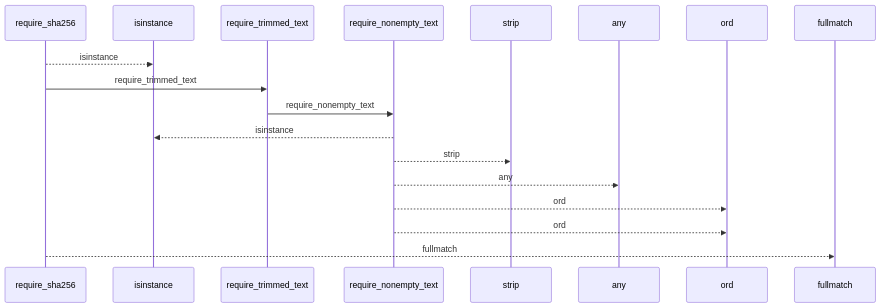
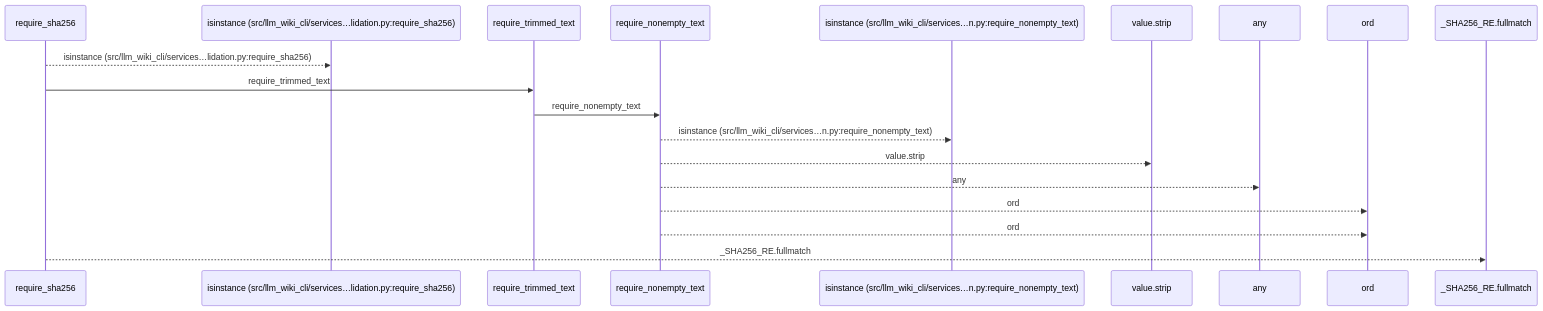
The first of 2 diagrams in docs/llm_wiki/flows/api-require_sha256.md (Denissvgn/python-wiki-llm), drawn with Mermaid before and after one commit. The commit also changed other lines of this file and 719 other files, not shown here.

````diff
--- a/docs/llm_wiki/flows/api-require_sha256.md
+++ b/docs/llm_wiki/flows/api-require_sha256.md
@@ -10,20 +10,21 @@
 ```mermaid
 sequenceDiagram
     participant p0 as require_sha256
-    participant p1 as isinstance
+    participant p1 as isinstance (src/llm_wiki_cli/services…lidation.py:require_sha256)
     participant p2 as require_trimmed_text
     participant p3 as require_nonempty_text
-    participant p4 as strip
-    participant p5 as any
-    participant p6 as ord
-    participant p7 as fullmatch
-    p0-->>p1: isinstance
+    participant p4 as isinstance (src/llm_wiki_cli/services…n.py:require_nonempty_text)
+    participant p5 as value.strip
+    participant p6 as any
+    participant p7 as ord
+    participant p8 as _SHA256_RE.fullmatch
+    p0-->>p1: isinstance (src/llm_wiki_cli/services…lidation.py:require_sha256)
     p0->>p2: require_trimmed_text
     p2->>p3: require_nonempty_text
-    p3-->>p1: isinstance
-    p3-->>p4: strip
-    p3-->>p5: any
-    p3-->>p6: ord
-    p3-->>p6: ord
-    p0-->>p7: fullmatch
+    p3-->>p4: isinstance (src/llm_wiki_cli/services…n.py:require_nonempty_text)
+    p3-->>p5: value.strip
+    p3-->>p6: any
+    p3-->>p7: ord
+    p3-->>p7: ord
+    p0-->>p8: _SHA256_RE.fullmatch
 ```
````
